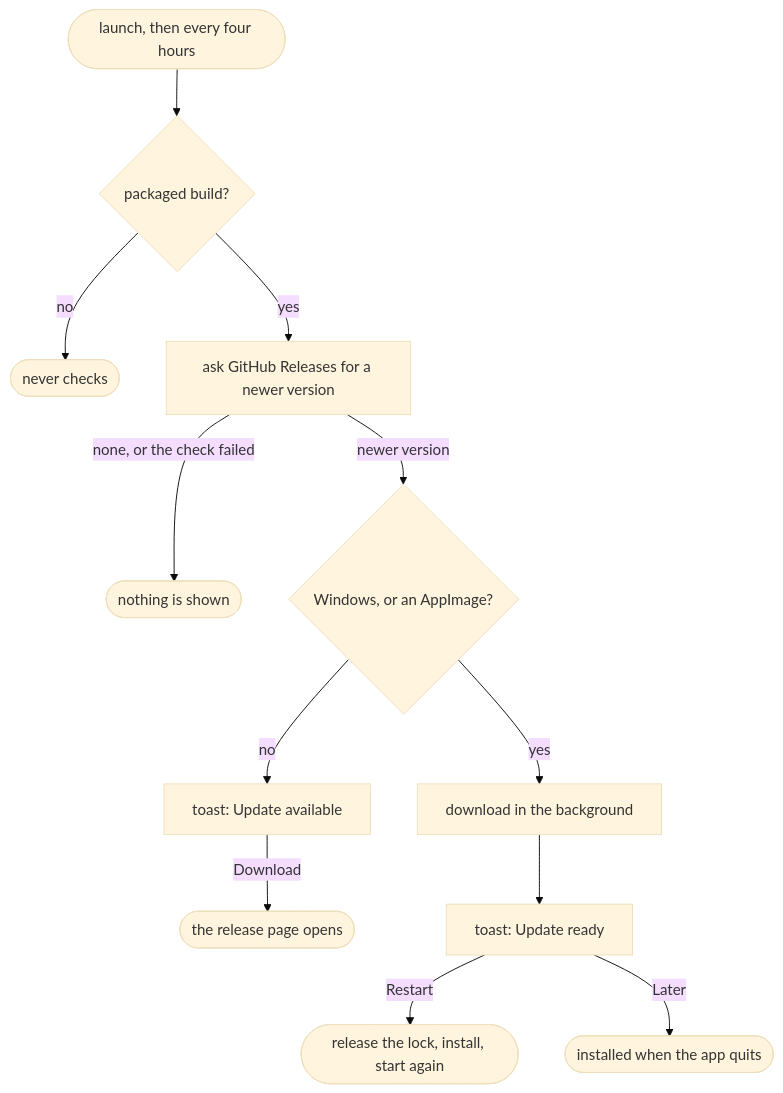
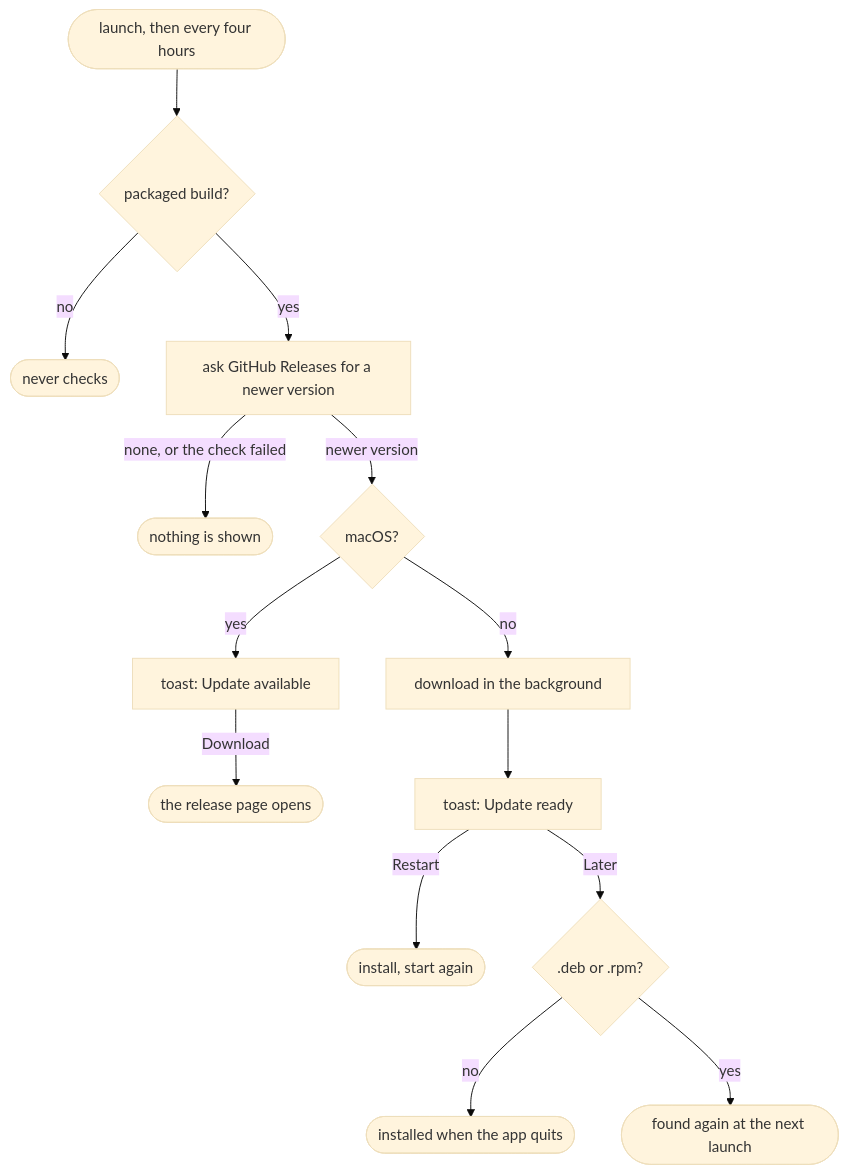
Before and after one commit to pooryam92/daily: the third of 3 diagrams in docs/architecture.md, drawn with Mermaid (base theme). The commit also changed other lines of this file and 6 other files, not shown here.

First line of the commit message:
feat: the .deb and the .rpm update themselves

````diff
--- a/docs/architecture.md
+++ b/docs/architecture.md
@@ -218,14 +218,16 @@
 ```mermaid
 flowchart TD
   start([launch, then every four hours]) --> packaged{packaged build?}
   packaged -- no --> never([never checks])
   packaged -- yes --> check[ask GitHub Releases for a newer version]
   check -- "none, or the check failed" --> quiet([nothing is shown])
-  check -- newer version --> replace{Windows, or an AppImage?}
-  replace -- no --> manual["toast: Update available"]
+  check -- newer version --> replace{macOS?}
+  replace -- yes --> manual["toast: Update available"]
   manual -- Download --> page([the release page opens])
-  replace -- yes --> download[download in the background]
+  replace -- no --> download[download in the background]
   download --> ready["toast: Update ready"]
-  ready -- Restart --> restart([release the lock, install, start again])
-  ready -- Later --> quit([installed when the app quits])
+  ready -- Restart --> restart([install, start again])
+  ready -- Later --> later{.deb or .rpm?}
+  later -- no --> quit([installed when the app quits])
+  later -- yes --> next([found again at the next launch])
 ```
````
